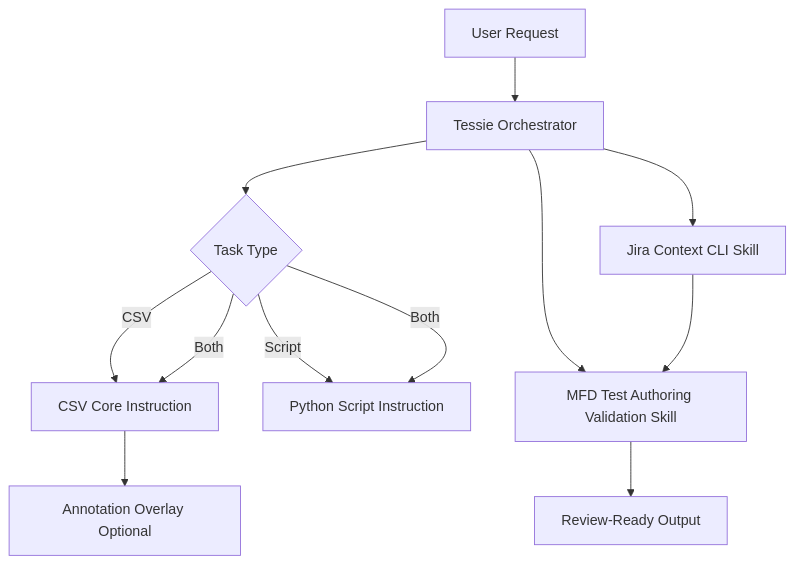
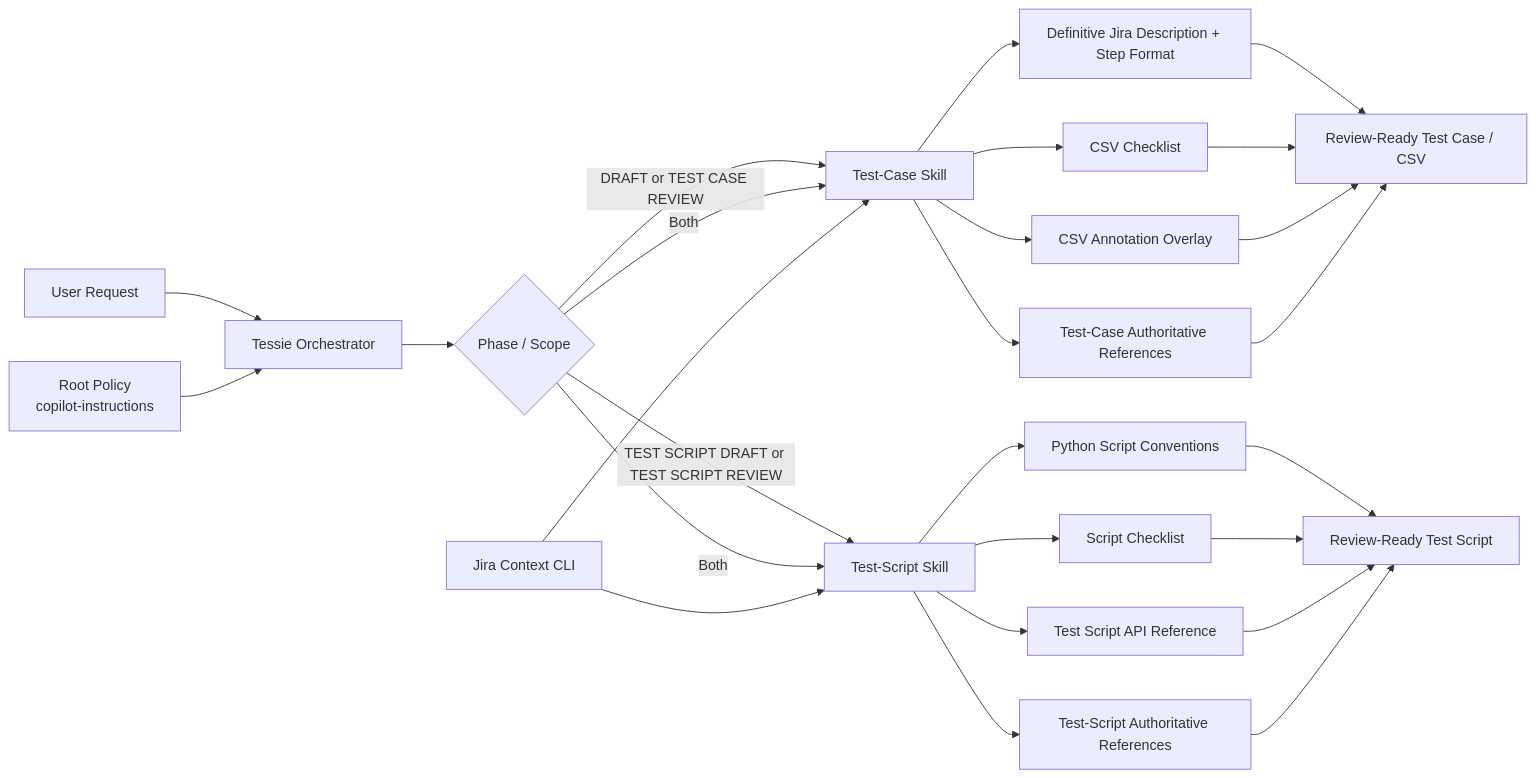
The diagram in README.md (FuentesJ2/mfd-copilot-harness-context), drawn with Mermaid before and after one commit. The commit also changed other lines of this file, not shown here.

````diff
--- a/README.md
+++ b/README.md
@@ -65,14 +30,34 @@
 ```mermaid
-flowchart TD
-  A[User Request] --> B[Tessie Orchestrator]
-  B --> C{Task Type}
-  C -->|CSV| D[CSV Core Instruction]
-  D --> E[Annotation Overlay Optional]
-  C -->|Script| F[Python Script Instruction]
-  C -->|Both| D
-  C -->|Both| F
-  B --> G[Jira Context CLI Skill]
-  B --> H[MFD Test Authoring Validation Skill]
-  G --> H
-  H --> I[Review-Ready Output]
+flowchart LR
+  U[User Request] --> T[Tessie Orchestrator]
+  R[Root Policy<br/>copilot-instructions] --> T
+
+  T --> P{Phase / Scope}
+  P -->|DRAFT or TEST CASE REVIEW| C[Test-Case Skill]
+  P -->|TEST SCRIPT DRAFT or TEST SCRIPT REVIEW| S[Test-Script Skill]
+  P -->|Both| C
+  P -->|Both| S
+
+  J[Jira Context CLI] --> C
+  J --> S
+
+  C --> C1[Definitive Jira Description + Step Format]
+  C --> C2[CSV Checklist]
+  C --> C3[CSV Annotation Overlay]
+  C --> C4[Test-Case Authoritative References]
+
+  S --> S1[Python Script Conventions]
+  S --> S2[Script Checklist]
+  S --> S3[Test Script API Reference]
+  S --> S4[Test-Script Authoritative References]
+
+  C1 --> O1[Review-Ready Test Case / CSV]
+  C2 --> O1
+  C3 --> O1
+  C4 --> O1
+
+  S1 --> O2[Review-Ready Test Script]
+  S2 --> O2
+  S3 --> O2
+  S4 --> O2
 ```
````
